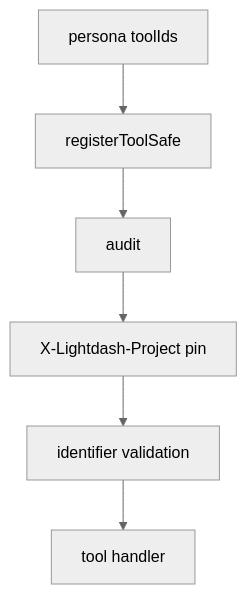
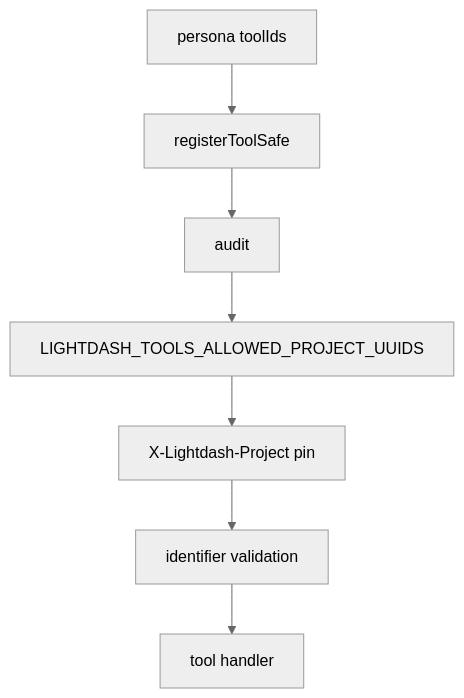
One commit to yu-iskw/lightdash-tools changed the diagram in docs/adr/0008-mcp-request-scope-and-hardening.md. Above: the diagram before and after it, drawn with Mermaid (neutral theme). The commit also changed other lines of this file and 49 other files, not shown here.

First line of the commit message:
feat(mcp): share LIGHTDASH_TOOLS_ALLOWED_PROJECTS with CLI (#166)

````diff
--- a/docs/adr/0008-mcp-request-scope-and-hardening.md
+++ b/docs/adr/0008-mcp-request-scope-and-hardening.md
@@ -37,8 +39,9 @@
 ```mermaid
 flowchart TD
   persona[persona toolIds] --> reg[registerToolSafe]
   reg --> audit[audit]
-  audit --> pin[X-Lightdash-Project pin]
+  audit --> allowlist[LIGHTDASH_TOOLS_ALLOWED_PROJECT_UUIDS]
+  allowlist --> pin[X-Lightdash-Project pin]
   pin --> validate[identifier validation]
   validate --> handler[tool handler]
 ```
````
